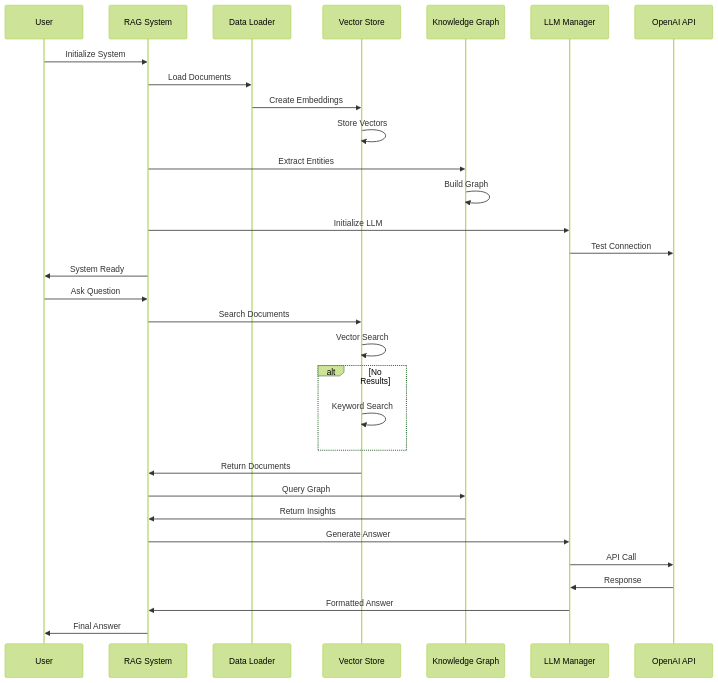
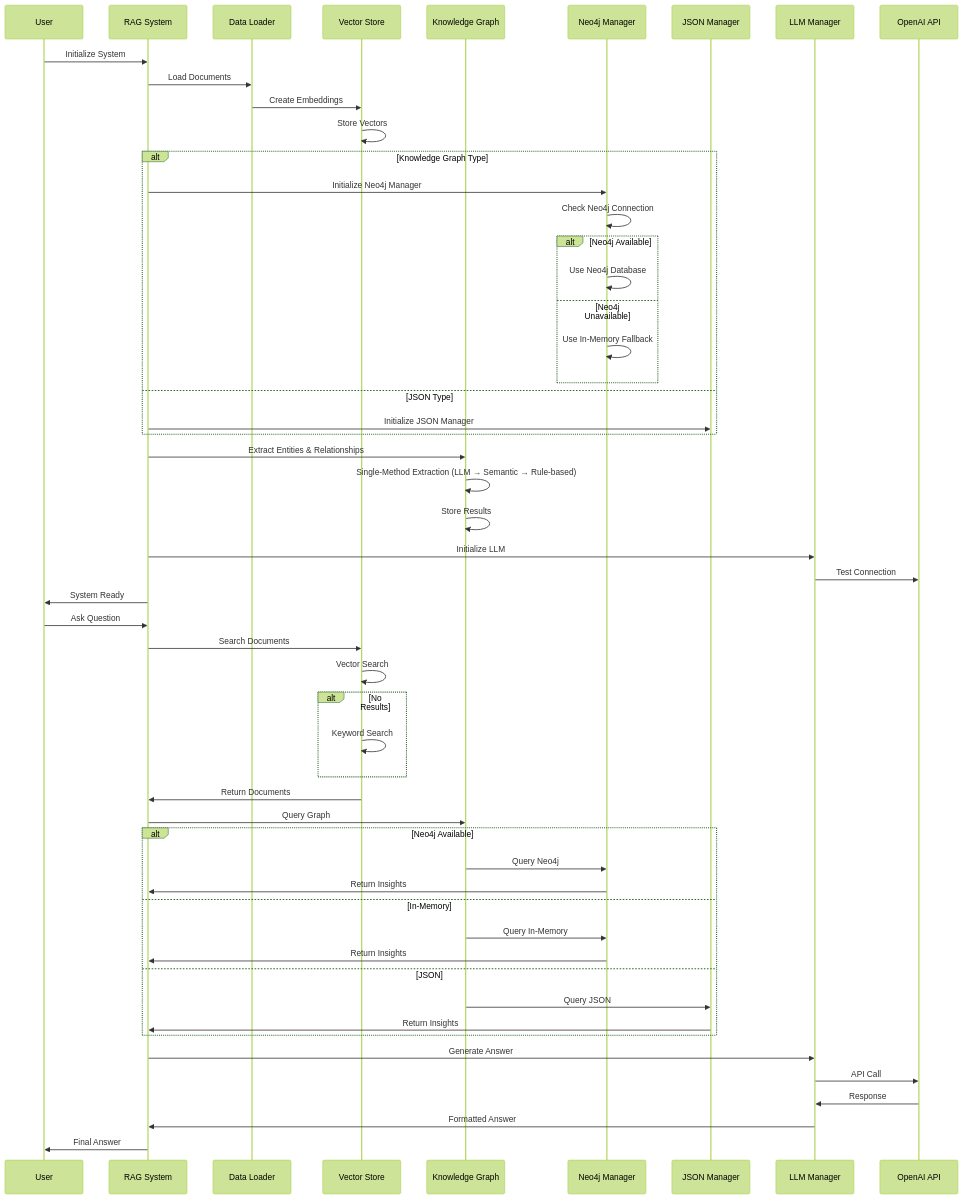
One commit to saurabh-chatterjee/employee_directory_search changed the fifth of 7 diagrams in system_flow_diagram.md. Above: the diagram before and after it, drawn with Mermaid (forest theme). The commit also changed other lines of this file and 2 other files, not shown here.

Commit message:
Update system flow diagram

````diff
--- a/system_flow_diagram.md
+++ b/system_flow_diagram.md
@@ -197,35 +291,63 @@
 ```mermaid
 sequenceDiagram
     participant U as User
     participant R as RAG System
     participant D as Data Loader
     participant V as Vector Store
     participant K as Knowledge Graph
+    participant N as Neo4j Manager
+    participant J as JSON Manager
     participant L as LLM Manager
     participant O as OpenAI API
     
     U->>R: Initialize System
     R->>D: Load Documents
     D->>V: Create Embeddings
     V->>V: Store Vectors
-    R->>K: Extract Entities
-    K->>K: Build Graph
+    
+    alt Knowledge Graph Type
+        R->>N: Initialize Neo4j Manager
+        N->>N: Check Neo4j Connection
+        alt Neo4j Available
+            N->>N: Use Neo4j Database
+        else Neo4j Unavailable
+            N->>N: Use In-Memory Fallback
+        end
+    else JSON Type
+        R->>J: Initialize JSON Manager
+    end
+    
+    R->>K: Extract Entities & Relationships
+    K->>K: Single-Method Extraction (LLM → Semantic → Rule-based)
+    K->>K: Store Results
+    
     R->>L: Initialize LLM
     L->>O: Test Connection
     R->>U: System Ready
     
     U->>R: Ask Question
     R->>V: Search Documents
     V->>V: Vector Search
     alt No Results
         V->>V: Keyword Search
     end
     V->>R: Return Documents
+    
     R->>K: Query Graph
-    K->>R: Return Insights
+    alt Neo4j Available
+        K->>N: Query Neo4j
+        N->>R: Return Insights
+    else In-Memory
+        K->>N: Query In-Memory
+        N->>R: Return Insights
+    else JSON
+        K->>J: Query JSON
+        J->>R: Return Insights
+    end
+    
     R->>L: Generate Answer
     L->>O: API Call
     O->>L: Response
     L->>R: Formatted Answer
     R->>U: Final Answer
 ```
````
